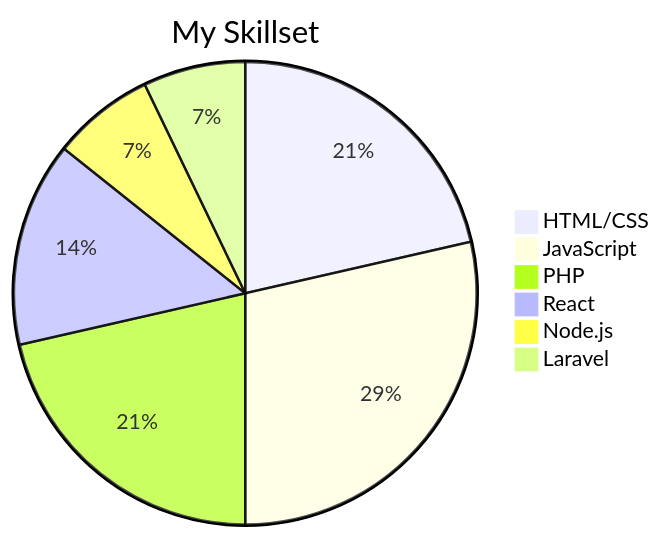
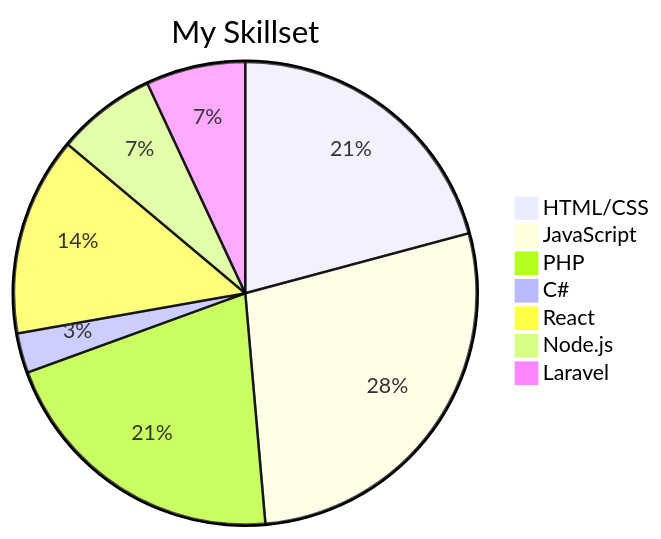
The diagram in README.md (TaqdeesHigh/TaqdeesHigh), drawn with Mermaid before and after one commit. The commit also changed other lines of this file, not shown here.

````diff
--- a/README.md
+++ b/README.md
@@ -25,10 +26,11 @@
 ```mermaid
 pie
     title My Skillset
     "HTML/CSS": 15
     "JavaScript": 20
     "PHP": 15
+    "C#": 2
     "React": 10
     "Node.js": 5
     "Laravel": 5
 ```
````
